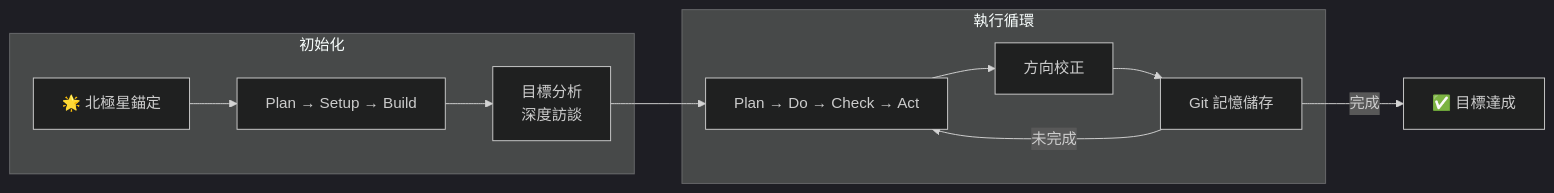
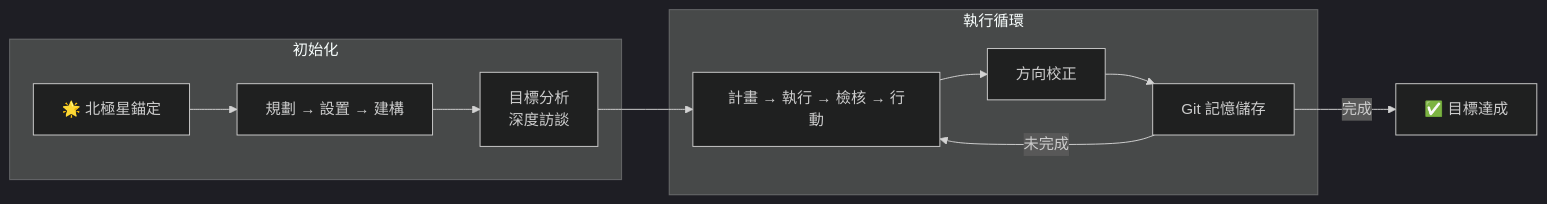
The diagram in README.md (miles990/self-evolving-agent), drawn with Mermaid (dark theme) before and after one commit.

Commit message:
docs(README): Mermaid 流程圖改用中文區分 Plan
- PSB: 規劃 → 設置 → 建構
- PDCA: 計畫 → 執行 → 檢核 → 行動

````diff
--- a/README.md
+++ b/README.md
@@ -40,19 +40,19 @@
 ```mermaid
 flowchart LR
     subgraph 初始化
         NS[🌟 北極星錨定]
-        PSB[Plan → Setup → Build]
+        PSB[規劃 → 設置 → 建構]
         GOAL[目標分析<br/>深度訪談]
     end
 
     subgraph 執行循環
-        PDCA[Plan → Do → Check → Act]
+        PDCA[計畫 → 執行 → 檢核 → 行動]
         DIR[方向校正]
         MEM[Git 記憶儲存]
     end
 
     NS --> PSB --> GOAL --> PDCA
     PDCA --> DIR --> MEM
     MEM -->|未完成| PDCA
     MEM -->|完成| DONE[✅ 目標達成]
 ```
````
